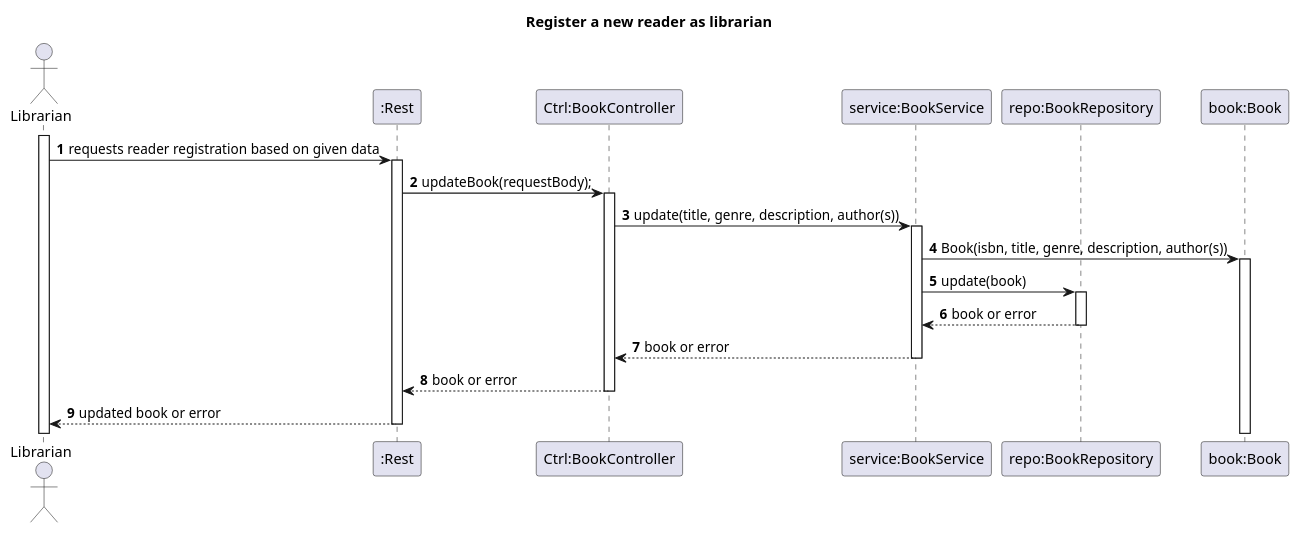
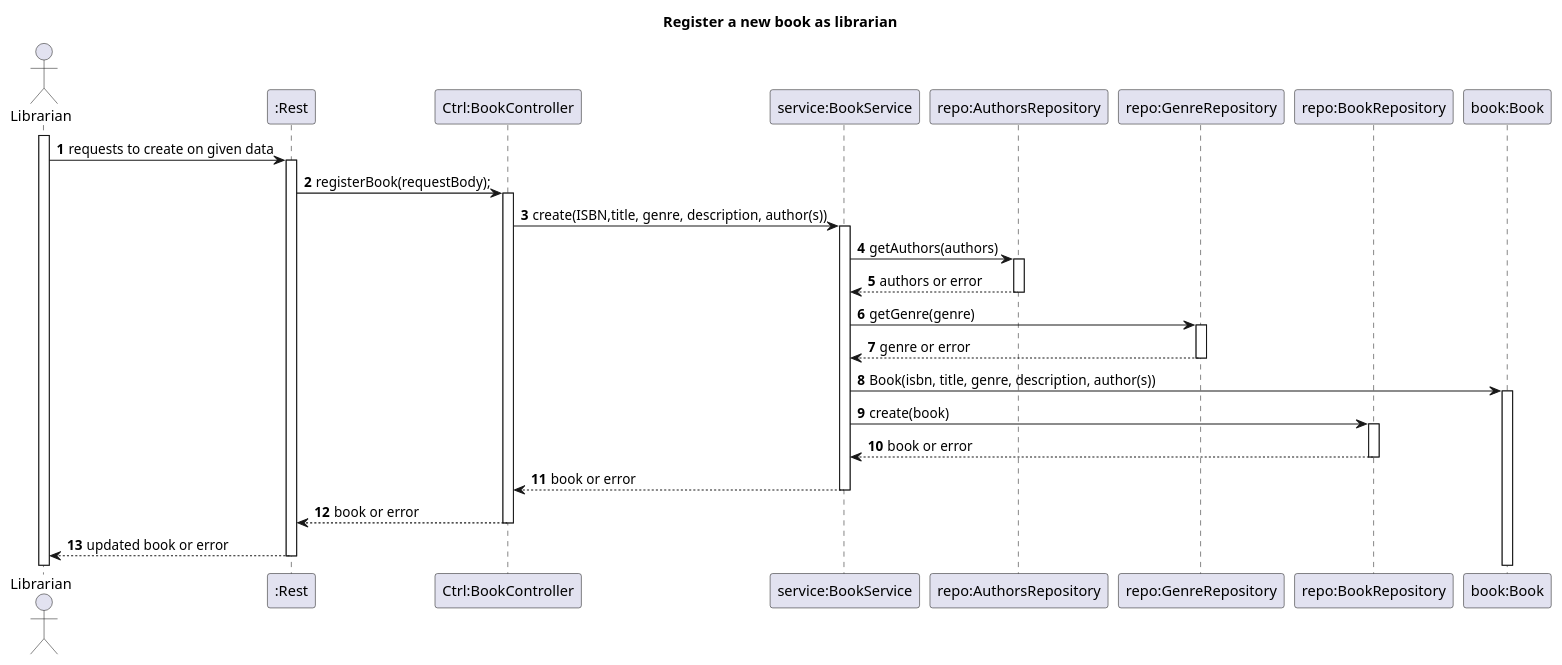
One commit to rutemf/1220944_1220772_G01 changed the diagram in Docs/Phase1/WP2A-Books/Ph1-7-RegisterBooks/Ph1-7-SD.puml. Above: the diagram before and after it, drawn with PlantUML. The commit also changed 2 other files, not shown here.

```diff
--- a/Docs/Phase1/WP2A-Books/Ph1-7-RegisterBooks/Ph1-7-SD.puml
+++ b/Docs/Phase1/WP2A-Books/Ph1-7-RegisterBooks/Ph1-7-SD.puml
@@ -1,29 +1,36 @@
 @startuml
 'https://plantuml.com/sequence-diagram
 autoactivate on
 autonumber
 
-title Register a new reader as librarian
+title Register a new book as librarian
 
 actor "Librarian" as User
 participant ":Rest" as Rest
 participant "Ctrl:BookController" as Ctrl
 participant "service:BookService" as Service
+participant "repo:AuthorsRepository" as RepoAuthors
+participant "repo:GenreRepository" as RepoGenre
 participant "repo:BookRepository" as Repo
 participant "book:Book" as Book
 
+
 activate User
 
-User -> Rest: requests reader registration based on given data
+User -> Rest: requests to create on given data
 
-Rest -> Ctrl: updateBook(requestBody);
+Rest -> Ctrl: registerBook(requestBody);
 
-Ctrl -> Service: update(title, genre, description, author(s))
+Ctrl -> Service: create(ISBN,title, genre, description, author(s))
+Service -> RepoAuthors: getAuthors(authors)
+RepoAuthors --> Service: authors or error
+Service -> RepoGenre: getGenre(genre)
+RepoGenre --> Service: genre or error
 Service -> Book: Book(isbn, title, genre, description, author(s))
-Service -> Repo: update(book)
+Service -> Repo: create(book)
 Repo --> Service: book or error
 Service --> Ctrl: book or error
 Ctrl --> Rest: book or error
 Rest --> User: updated book or error
 
 @enduml
```
